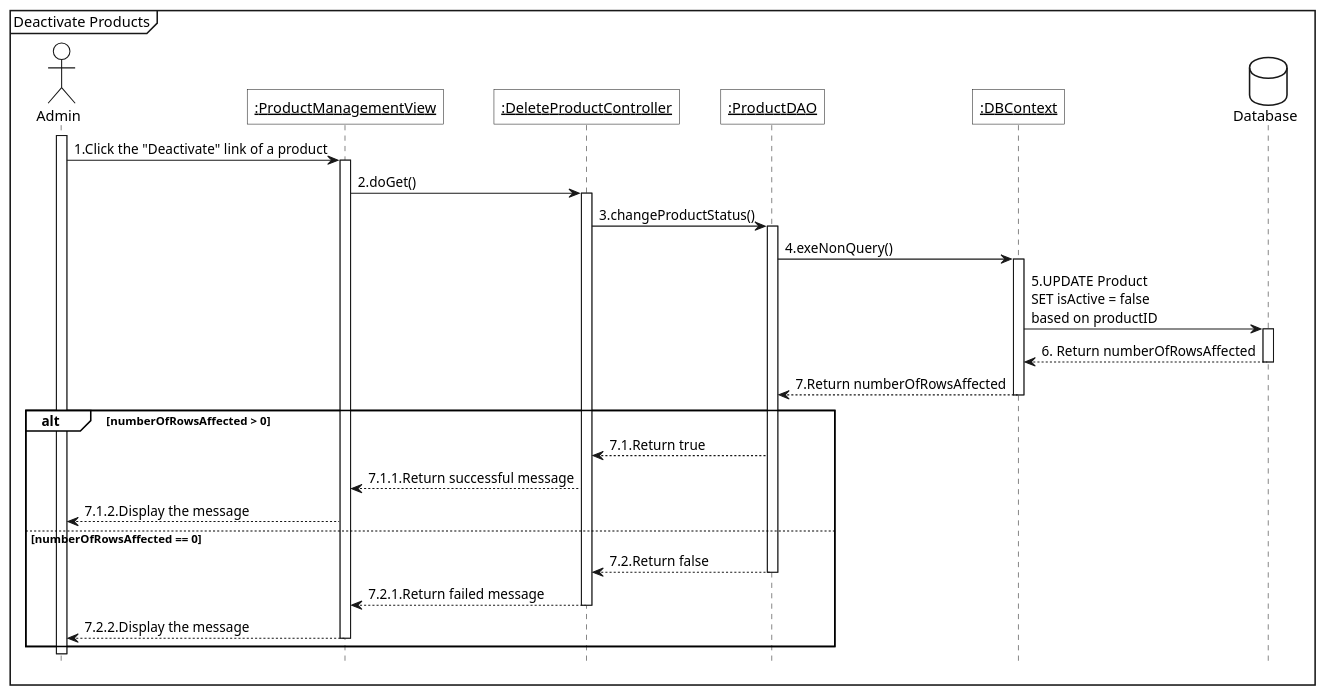
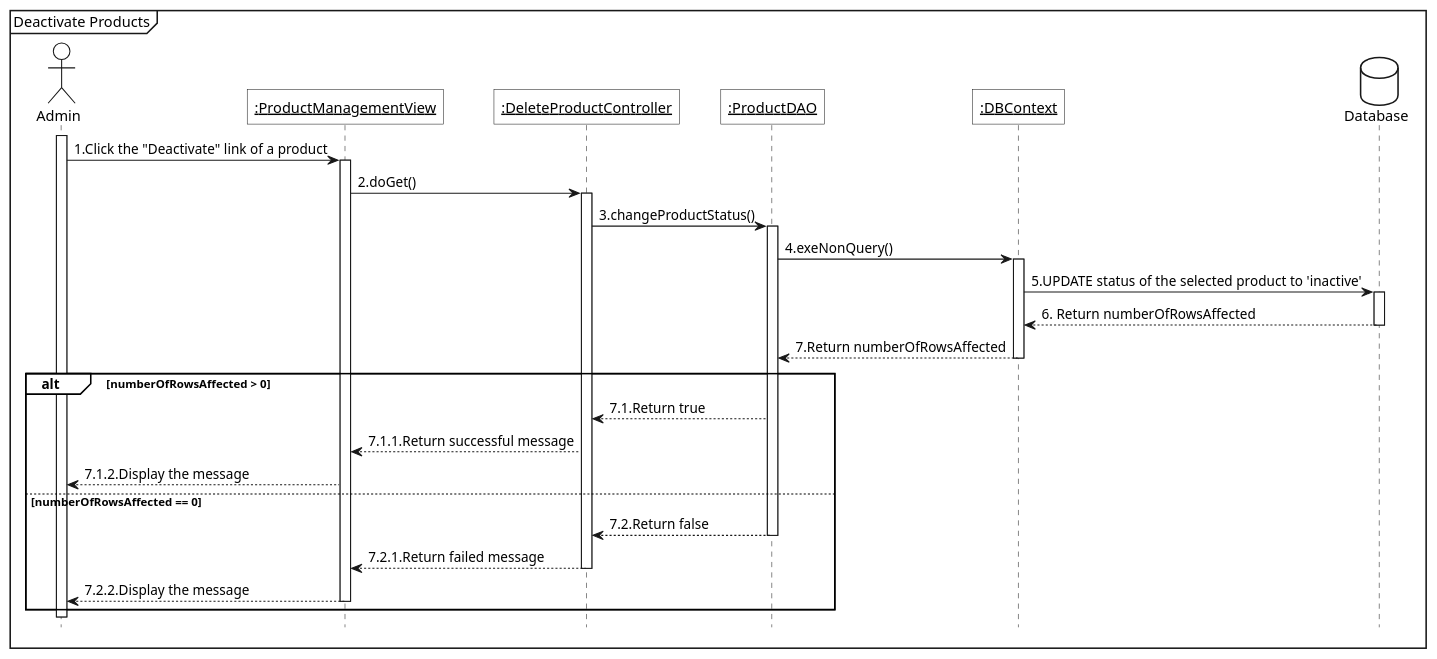
One commit to tienminhthanh/ProjectSWP391 changed the diagram in diagram/sequence/product/management/mane-delete/mane_deactivate_product.plantuml. Above: the diagram before and after it, drawn with PlantUML. The commit also changed 31 other files, not shown here.

Commit message:
Add state diagram, Update sequence, class diagrams of Product

```diff
--- a/diagram/sequence/product/management/mane-delete/mane_deactivate_product.plantuml
+++ b/diagram/sequence/product/management/mane-delete/mane_deactivate_product.plantuml
@@ -1,59 +1,59 @@
 @startuml 
 <style>
     sequenceDiagram{
         actor{
             BackgroundColor white
             LineThickness 1.0
         }
         participant{
             BackgroundColor white
             RoundCorner 0
         }
         database{
             BackgroundColor white
         }
         groupHeader{
             BackgroundColor white
         }
         referenceHeader{
             BackgroundColor white
         }
         reference{
             BackgroundColor white
         }
     }
 </style>
 
 hide footbox
 
 mainframe Deactivate Products
 
 actor Admin as act
 
 participant "<u>:ProductManagementView" as view
 participant "<u>:DeleteProductController" as ctrl
 participant "<u>:ProductDAO" as dao
 participant "<u>:DBContext" as ctx
 
 database Database as db
 
 act++
 act->view++:1.Click the "Deactivate" link of a product
 view->ctrl++:2.doGet()
 ctrl->dao++:3.changeProductStatus()
 dao->ctx++:4.exeNonQuery()
-ctx -> db++:5.UPDATE Product\nSET isActive = false\nbased on productID
+ctx -> db++:5.UPDATE status of the selected product to 'inactive'
 db -->ctx--: 6. Return numberOfRowsAffected
 ctx-->dao--:7.Return numberOfRowsAffected
 
 alt numberOfRowsAffected > 0
     dao --> ctrl: 7.1.Return true
     ctrl --> view: 7.1.1.Return successful message
     view --> act:7.1.2.Display the message
 else numberOfRowsAffected == 0
     dao --> ctrl--: 7.2.Return false
     ctrl --> view--: 7.2.1.Return failed message
     view --> act--:7.2.2.Display the message
 end
 act--
 @enduml
```
